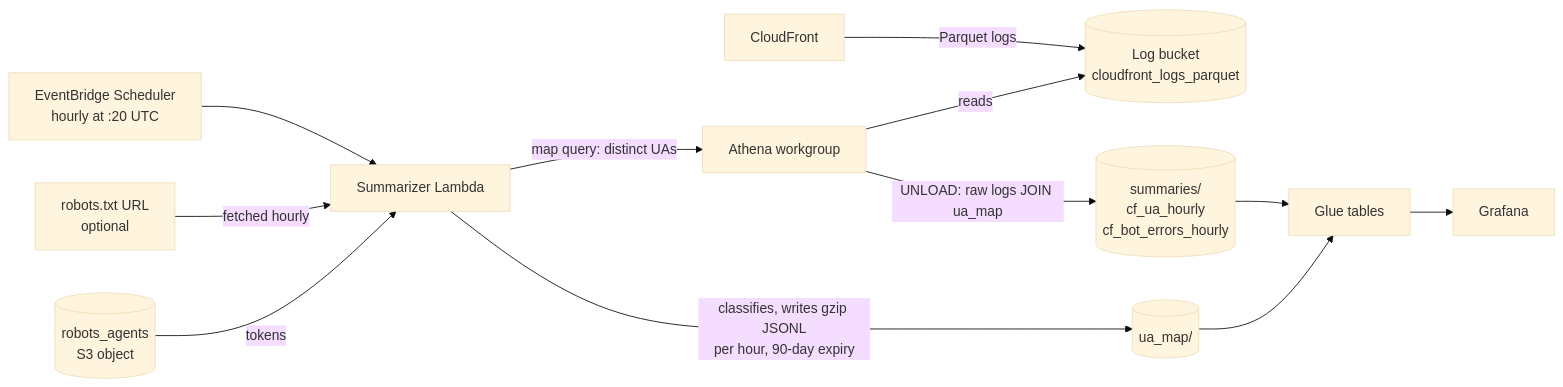
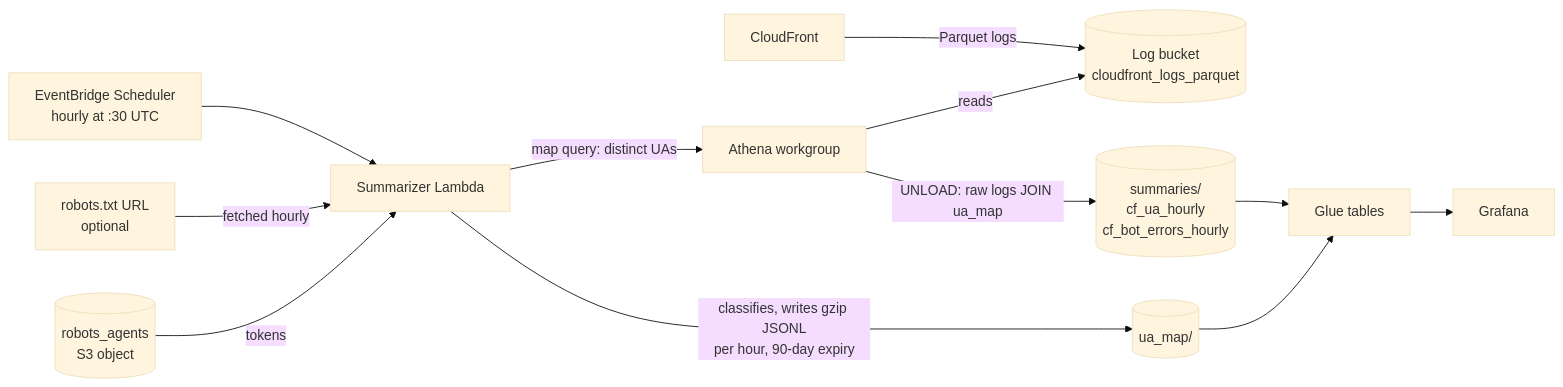
The second of 2 diagrams in README.md (tx-pts-dai/terraform-aws-cloudfront-logs-analyzer), drawn with Mermaid (base theme) before and after one commit. The commit also changed other lines of this file and 1 other file, not shown here.

Commit message:
fix: run summarizer at :30 for late log delivery (#25)

````diff
--- a/README.md
+++ b/README.md
@@ -183,14 +183,14 @@
 ```mermaid
 flowchart LR
   CF[CloudFront] -->|Parquet logs| Logs[(Log bucket<br>cloudfront_logs_parquet)]
-  Sched[EventBridge Scheduler<br>hourly at :20 UTC] --> Fn[Summarizer Lambda]
+  Sched[EventBridge Scheduler<br>hourly at :30 UTC] --> Fn[Summarizer Lambda]
   Web[robots.txt URL<br>optional] -->|fetched hourly| Fn
   Robots[(robots_agents<br>S3 object)] -->|tokens| Fn
   Fn -->|map query: distinct UAs| Ath[Athena workgroup]
   Ath -->|reads| Logs
   Fn -->|classifies, writes gzip JSONL<br>per hour, 90-day expiry| Map[(ua_map/)]
   Ath -->|UNLOAD: raw logs JOIN ua_map| Sum[(summaries/<br>cf_ua_hourly<br>cf_bot_errors_hourly)]
   Map --> Glue[Glue tables]
   Sum --> Glue
   Glue --> Graf[Grafana]
 ```
````
